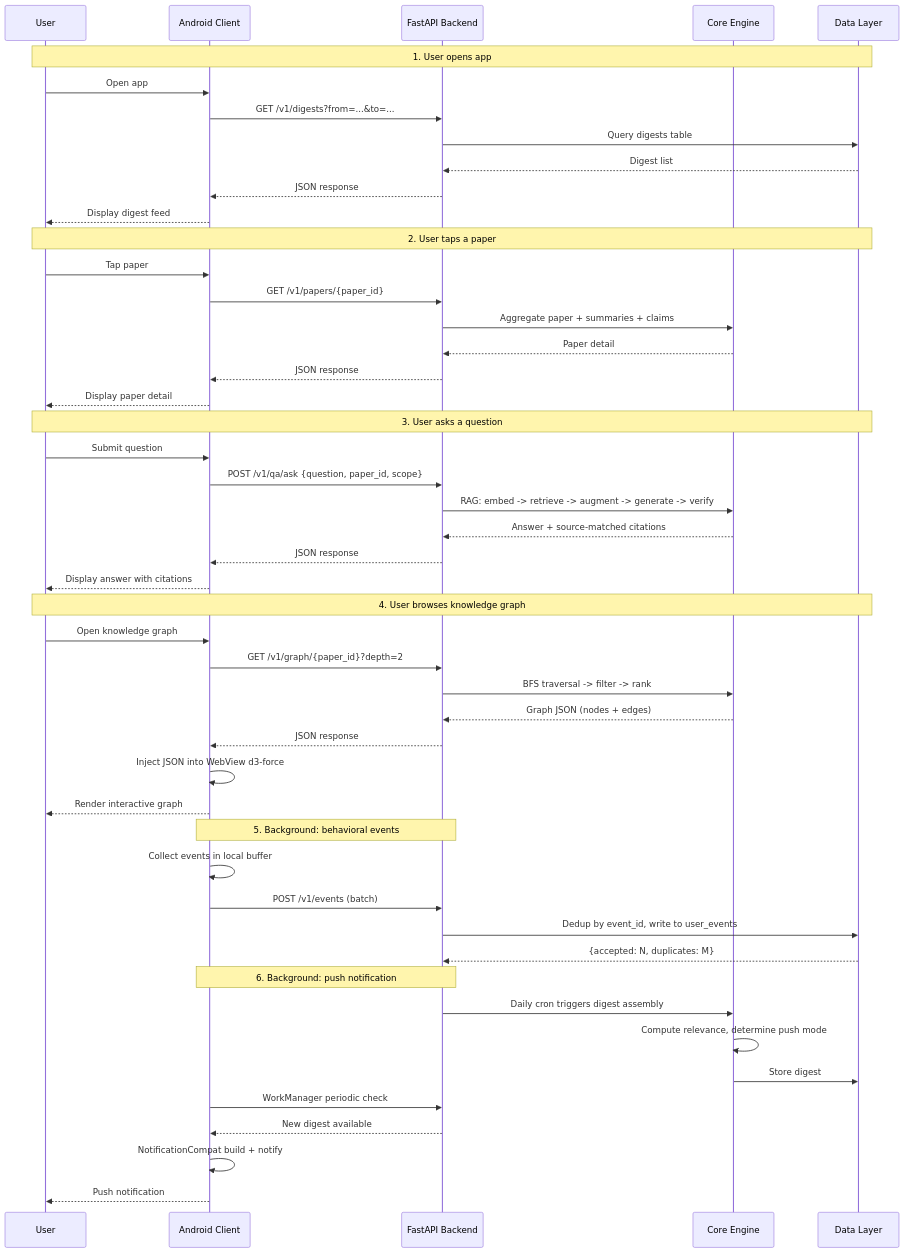
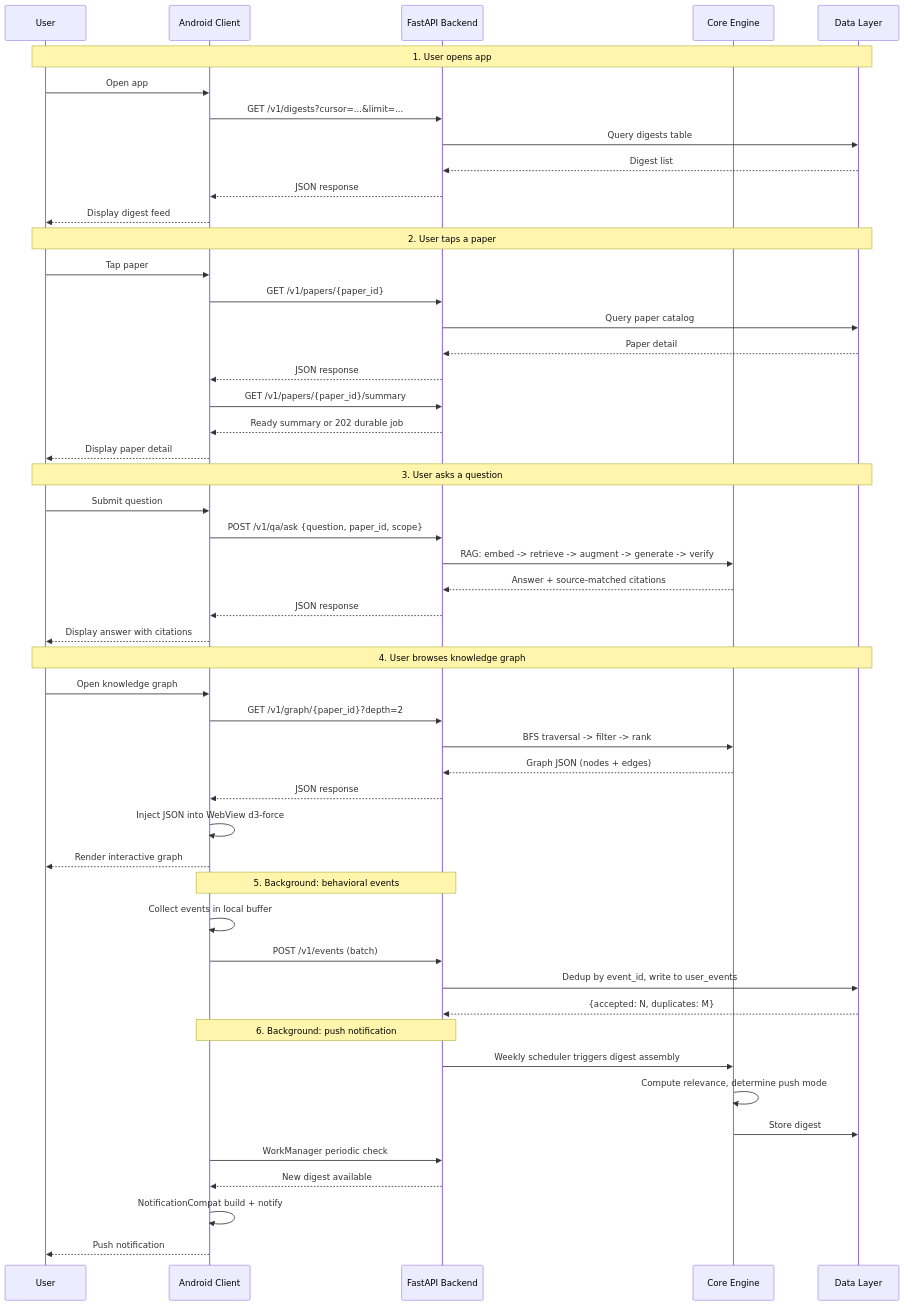
Before and after one commit to YUcxovo/MNEME: the fourth of 4 diagrams in README.md, drawn with Mermaid. The commit also changed other lines of this file and 1 other file, not shown here.

````diff
--- a/README.md
+++ b/README.md
@@ -676,56 +406,58 @@
 ```mermaid
 sequenceDiagram
     participant U as User
     participant A as Android Client
     participant B as FastAPI Backend
     participant E as Core Engine
     participant D as Data Layer
 
     Note over U,D: 1. User opens app
     U->>A: Open app
-    A->>B: GET /v1/digests?from=...&to=...
+    A->>B: GET /v1/digests?cursor=...&limit=...
     B->>D: Query digests table
     D-->>B: Digest list
     B-->>A: JSON response
     A-->>U: Display digest feed
 
     Note over U,D: 2. User taps a paper
     U->>A: Tap paper
     A->>B: GET /v1/papers/{paper_id}
-    B->>E: Aggregate paper + summaries + claims
-    E-->>B: Paper detail
+    B->>D: Query paper catalog
+    D-->>B: Paper detail
     B-->>A: JSON response
+    A->>B: GET /v1/papers/{paper_id}/summary
+    B-->>A: Ready summary or 202 durable job
     A-->>U: Display paper detail
 
     Note over U,D: 3. User asks a question
     U->>A: Submit question
     A->>B: POST /v1/qa/ask {question, paper_id, scope}
     B->>E: RAG: embed -> retrieve -> augment -> generate -> verify
     E-->>B: Answer + source-matched citations
     B-->>A: JSON response
     A-->>U: Display answer with citations
 
     Note over U,D: 4. User browses knowledge graph
     U->>A: Open knowledge graph
     A->>B: GET /v1/graph/{paper_id}?depth=2
     B->>E: BFS traversal -> filter -> rank
     E-->>B: Graph JSON (nodes + edges)
     B-->>A: JSON response
     A->>A: Inject JSON into WebView d3-force
     A-->>U: Render interactive graph
 
     Note over A,B: 5. Background: behavioral events
     A->>A: Collect events in local buffer
     A->>B: POST /v1/events (batch)
     B->>D: Dedup by event_id, write to user_events
     D-->>B: {accepted: N, duplicates: M}
 
     Note over A,B: 6. Background: push notification
-    B->>E: Daily cron triggers digest assembly
+    B->>E: Weekly scheduler triggers digest assembly
     E->>E: Compute relevance, determine push mode
     E->>D: Store digest
     A->>B: WorkManager periodic check
     B-->>A: New digest available
     A->>A: NotificationCompat build + notify
     A-->>U: Push notification
 ```
````
